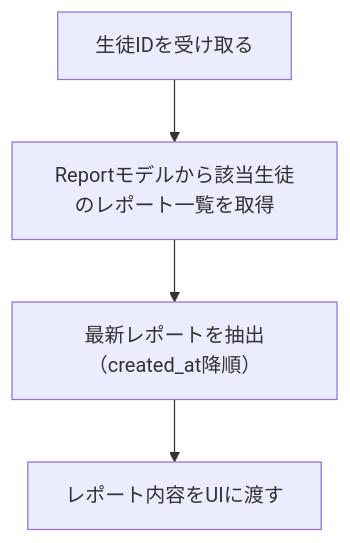
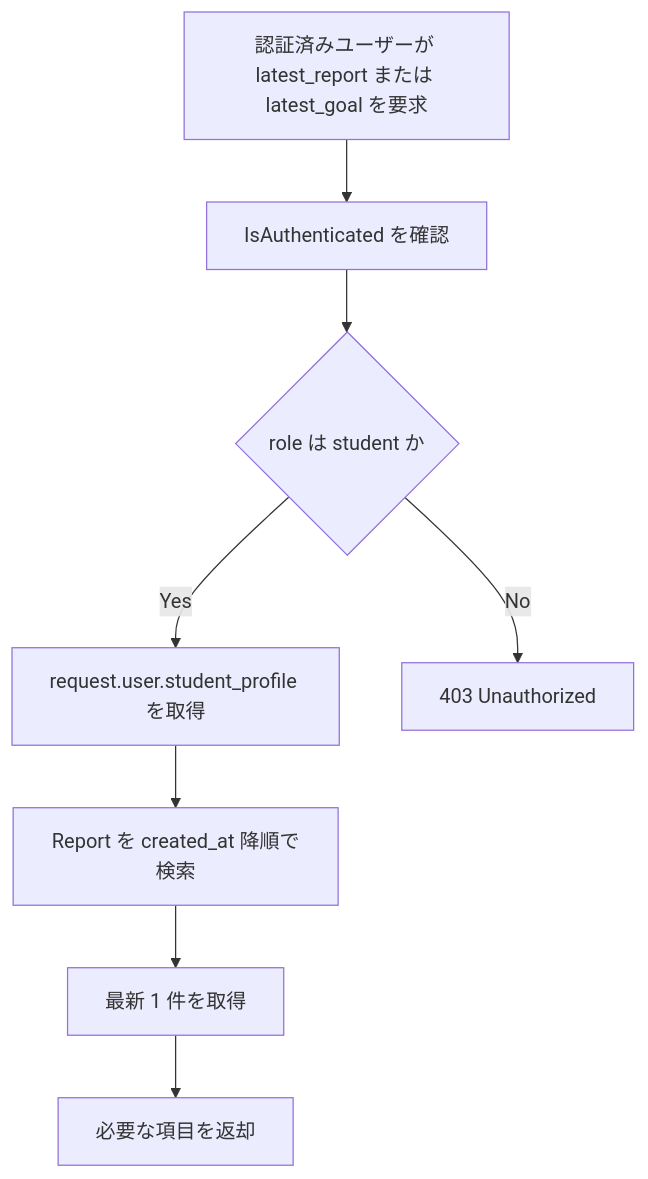
One commit to Saaka-y/korup changed the diagram in docs/trajectory/flowchart.md. Above: the diagram before and after it, drawn with Mermaid. The commit also changed other lines of this file and 9 other files, not shown here.

````diff
--- a/docs/trajectory/flowchart.md
+++ b/docs/trajectory/flowchart.md
@@ -5,6 +5,10 @@
 ```mermaid
 flowchart TD
-    A[生徒IDを受け取る] --> B[Reportモデルから該当生徒のレポート一覧を取得]
-    B --> C[最新レポートを抽出（created_at降順）]
-    C --> D[レポート内容をUIに渡す]
+    A[認証済みユーザーが latest_report または latest_goal を要求] --> B[IsAuthenticated を確認]
+    B --> C{role は student か}
+    C -->|Yes| D[request.user.student_profile を取得]
+    D --> E[Report を created_at 降順で検索]
+    E --> F[最新 1 件を取得]
+    F --> G[必要な項目を返却]
+    C -->|No| H[403 Unauthorized]
 ```
````
